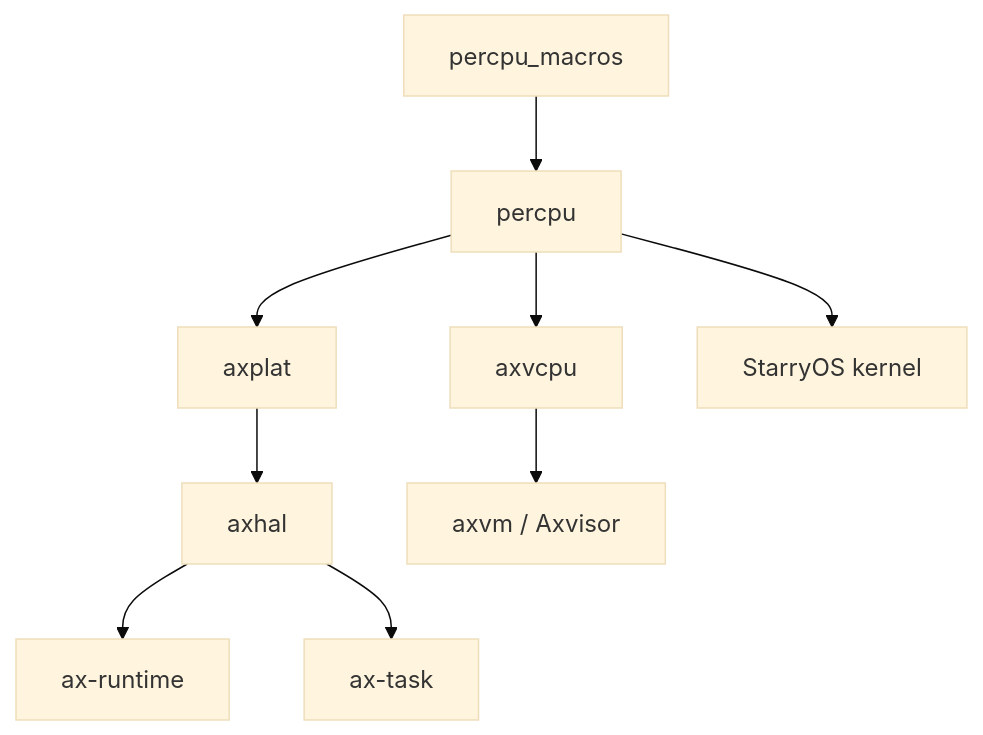
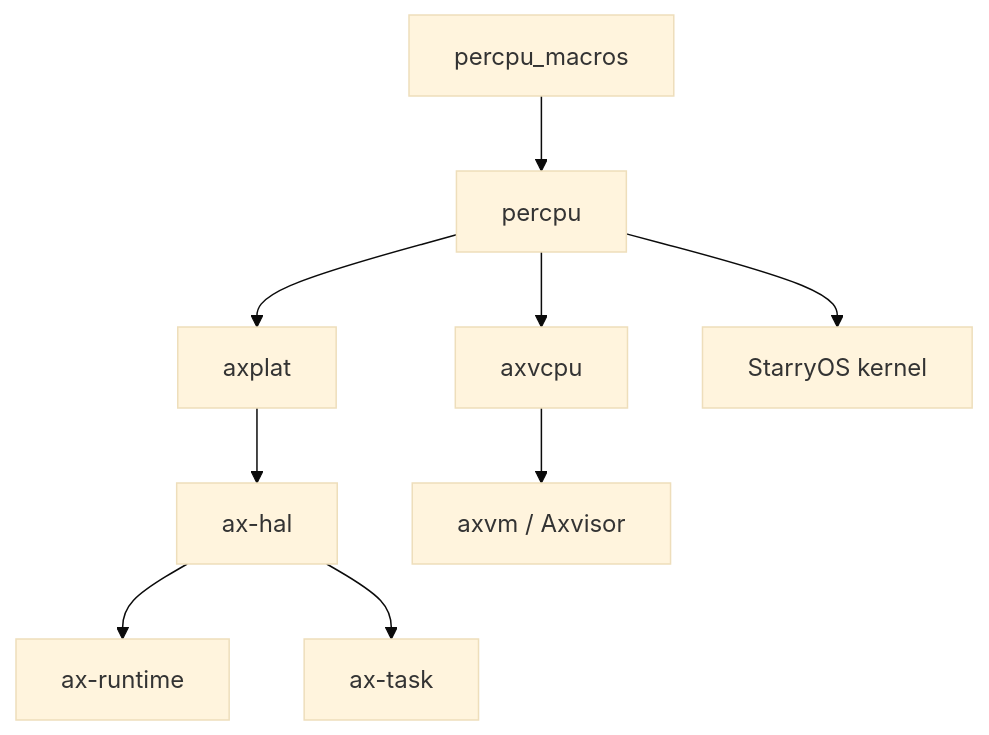
The diagram in docs/crates/percpu.md (zKurisu/tgoskits), drawn with Mermaid (base theme) before and after one commit. The commit also changed other lines of this file and 158 other files, not shown here.

Commit message:
rename axhal to ax-hal

````diff
--- a/docs/crates/percpu.md
+++ b/docs/crates/percpu.md
@@ -187,11 +187,11 @@
 ```mermaid
 graph TD
     A[percpu_macros] --> B[percpu]
     B --> C[axplat]
-    C --> D[axhal]
+    C --> D[ax-hal]
     D --> E[ax-runtime]
     D --> F[ax-task]
     B --> G[axvcpu]
     G --> H[axvm / Axvisor]
     B --> I[StarryOS kernel]
 ```
````
